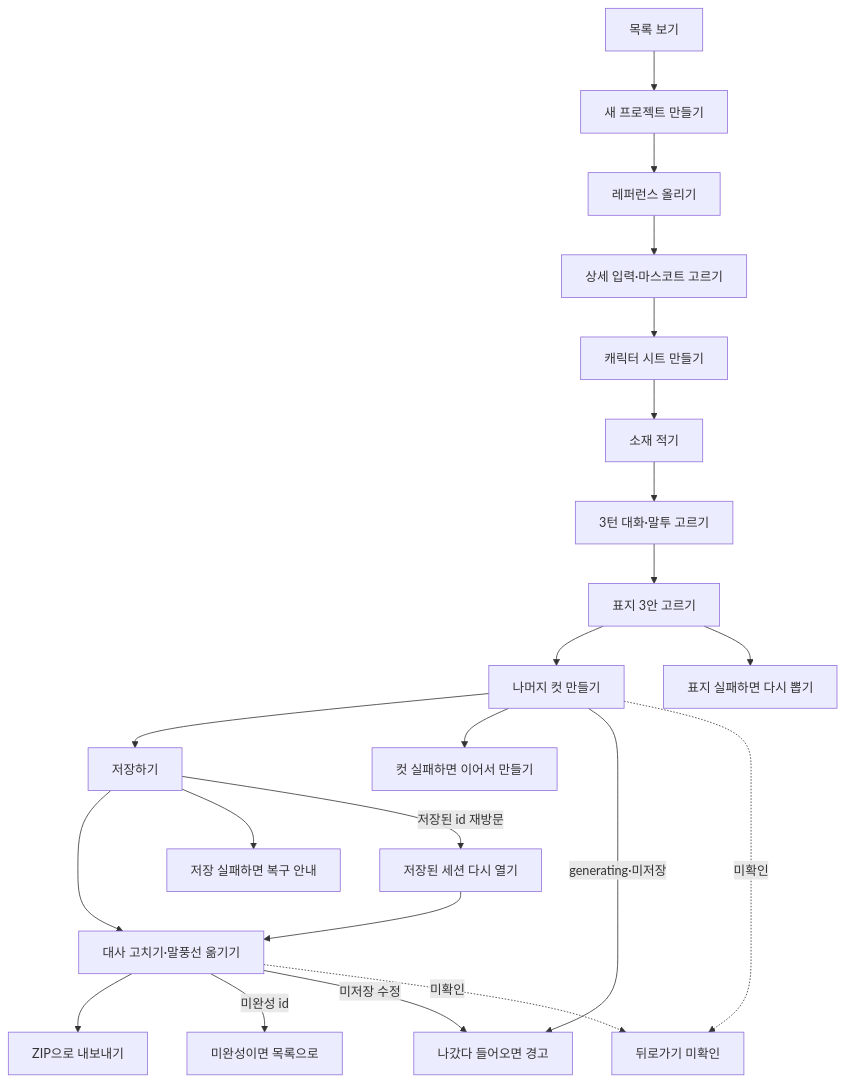
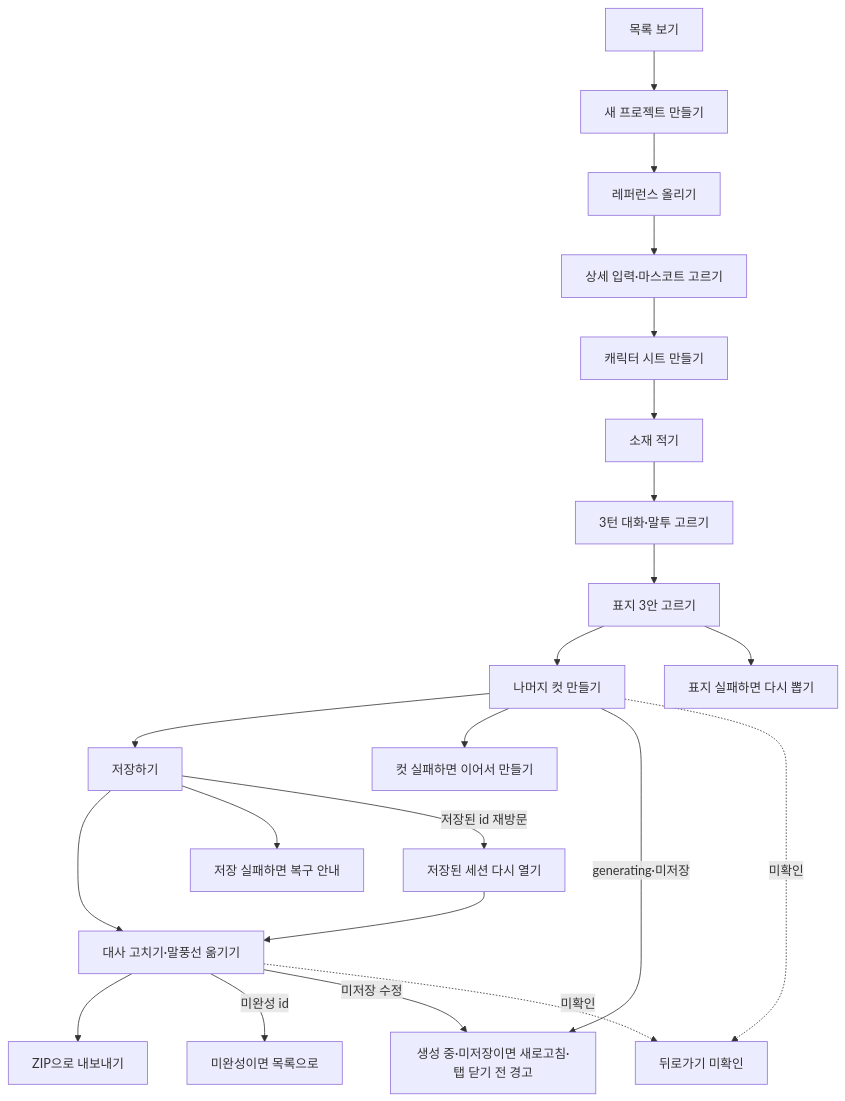
Before and after one commit to chictimin/cuttoon-copilot: the first of 3 diagrams in docs/flows.md, drawn with Mermaid. The commit also changed other lines of this file and 1 other file, not shown here.

First line of the commit message:
docs(flows): #315 상주 검토 조건 2건 + 데모 캐시 서술 정정

````diff
--- a/docs/flows.md
+++ b/docs/flows.md
@@ -11,33 +11,33 @@
 ```mermaid
 flowchart TD
   F1["목록 보기"]
   F2["새 프로젝트 만들기"]
   F3["레퍼런스 올리기"]
   F4["상세 입력·마스코트 고르기"]
   F5["캐릭터 시트 만들기"]
   F6["소재 적기"]
   F7["3턴 대화·말투 고르기"]
   F8["표지 3안 고르기"]
   F9["나머지 컷 만들기"]
   F10["저장하기"]
   F11["대사 고치기·말풍선 옮기기"]
   F12["ZIP으로 내보내기"]
   B1["표지 실패하면 다시 뽑기"]
   B2["컷 실패하면 이어서 만들기"]
   B3["저장 실패하면 복구 안내"]
   B4["저장된 세션 다시 열기"]
   B5["미완성이면 목록으로"]
-  B6["나갔다 들어오면 경고"]
+  B6["생성 중·미저장이면 새로고침·탭 닫기 전 경고"]
   B7["뒤로가기 미확인"]
 
   F1 --> F2 --> F3 --> F4 --> F5 --> F6 --> F7 --> F8 --> F9 --> F10 --> F11 --> F12
   F8 --> B1
   F9 --> B2
   F10 --> B3
   F10 -- "저장된 id 재방문" --> B4 --> F11
   F11 -- "미완성 id" --> B5
   F9 -- "generating·미저장" --> B6
   F11 -- "미저장 수정" --> B6
   F9 -. "미확인" .-> B7
   F11 -. "미확인" .-> B7
 ```
````
